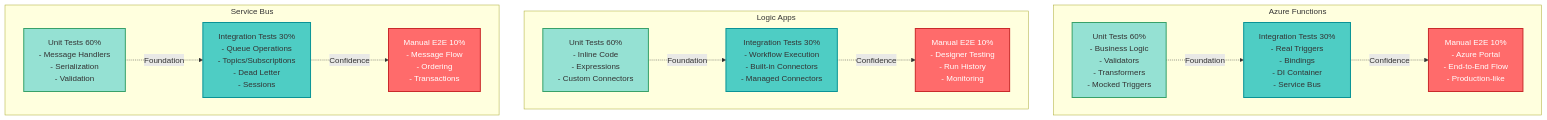
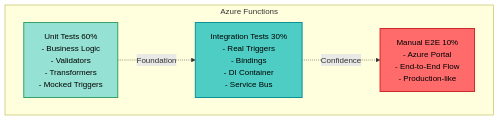
Before and after one commit to mojtaba-rezaei/testing-strategy: the fourth of 8 diagrams in AUTOMATION_TESTING_STANDARD.md, drawn with Mermaid. The commit also changed other lines of this file and 1 other file, not shown here.

````diff
--- a/AUTOMATION_TESTING_STANDARD.md
+++ b/AUTOMATION_TESTING_STANDARD.md
@@ -326,41 +281,19 @@
 ```mermaid
 graph TB
+
     subgraph Azure Functions
-    AF_UNIT[Unit Tests 60%<br/>- Business Logic<br/>- Validators<br/>- Transformers<br/>- Mocked Triggers]
-    AF_INT[Integration Tests 30%<br/>- Real Triggers<br/>- Bindings<br/>- DI Container<br/>- Service Bus]
-    AF_E2E[Manual E2E 10%<br/>- Azure Portal<br/>- End-to-End Flow<br/>- Production-like]
+        direction LR
+        AF_UNIT[Unit Tests 60%<br/>- Business Logic<br/>- Validators<br/>- Transformers<br/>- Mocked Triggers]
+        AF_INT[Integration Tests 30%<br/>- Real Triggers<br/>- Bindings<br/>- DI Container<br/>- Service Bus]
+        AF_E2E[Manual E2E 10%<br/>- Azure Portal<br/>- End-to-End Flow<br/>- Production-like]
     end
-    
-    subgraph Logic Apps
-    LA_UNIT[Unit Tests 60%<br/>- Inline Code<br/>- Expressions<br/>- Custom Connectors]
-    LA_INT[Integration Tests 30%<br/>- Workflow Execution<br/>- Built-in Connectors<br/>- Managed Connectors]
-    LA_E2E[Manual E2E 10%<br/>- Designer Testing<br/>- Run History<br/>- Monitoring]
-    end
-    
-    subgraph Service Bus
-    SB_UNIT[Unit Tests 60%<br/>- Message Handlers<br/>- Serialization<br/>- Validation]
-    SB_INT[Integration Tests 30%<br/>- Queue Operations<br/>- Topics/Subscriptions<br/>- Dead Letter<br/>- Sessions]
-    SB_E2E[Manual E2E 10%<br/>- Message Flow<br/>- Ordering<br/>- Transactions]
-    end
-    
+
     AF_UNIT -.->|Foundation| AF_INT
     AF_INT -.->|Confidence| AF_E2E
-    
-    LA_UNIT -.->|Foundation| LA_INT
-    LA_INT -.->|Confidence| LA_E2E
-    
-    SB_UNIT -.->|Foundation| SB_INT
-    SB_INT -.->|Confidence| SB_E2E
-    
-    style AF_UNIT fill:#95e1d3,stroke:#38a169,stroke-width:2px
-    style LA_UNIT fill:#95e1d3,stroke:#38a169,stroke-width:2px
-    style SB_UNIT fill:#95e1d3,stroke:#38a169,stroke-width:2px
-    
-    style AF_INT fill:#4ecdc4,stroke:#0a9396,stroke-width:2px
-    style LA_INT fill:#4ecdc4,stroke:#0a9396,stroke-width:2px
-    style SB_INT fill:#4ecdc4,stroke:#0a9396,stroke-width:2px
-    
-    style AF_E2E fill:#ff6b6b,stroke:#c92a2a,stroke-width:2px,color:#fff
-    style LA_E2E fill:#ff6b6b,stroke:#c92a2a,stroke-width:2px,color:#fff
-    style SB_E2E fill:#ff6b6b,stroke:#c92a2a,stroke-width:2px,color:#fff
+
+    style AF_UNIT fill:#95e1d3,stroke:#38a169,stroke-width:2px,color:#000
+
+    style AF_INT fill:#4ecdc4,stroke:#0a9396,stroke-width:2px,color:#000
+
+    style AF_E2E fill:#ff6b6b,stroke:#c92a2a,stroke-width:2px,color:#000
 ```
````
